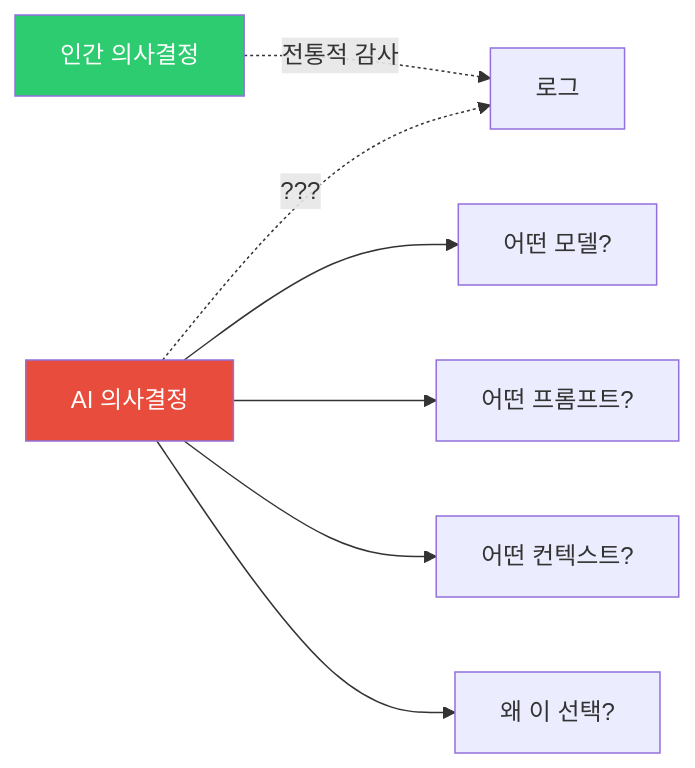
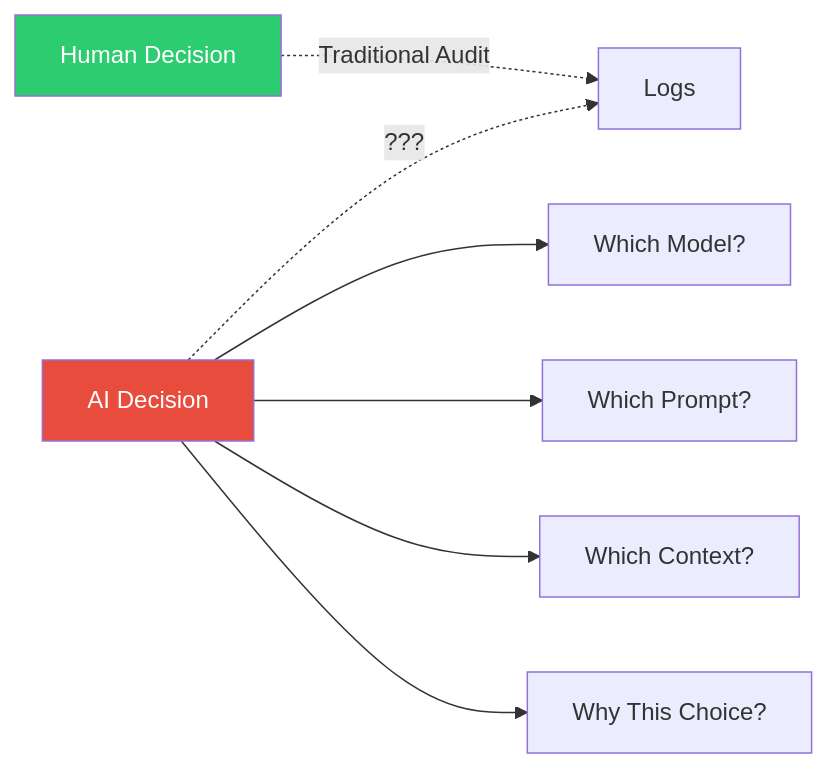
Before and after one commit to devfloor9/engineering-playbook: the first of 5 diagrams in docs/aidlc/operations/audit-governance.md, drawn with Mermaid. The commit also changed other lines of this file and 954 other files, not shown here.

````diff
--- a/docs/aidlc/operations/audit-governance.md
+++ b/docs/aidlc/operations/audit-governance.md
@@ -40,13 +42,13 @@
 ```mermaid
 graph LR
-    HUMAN[인간 의사결정] -.전통적 감사.-> LOG[로그]
-    AI[AI 의사결정] -.???.-> LOG
+    HUMAN[Human Decision] -.Traditional Audit.-> LOG[Logs]
+    AI[AI Decision] -.???.-> LOG
 
-    AI --> Q1[어떤 모델?]
-    AI --> Q2[어떤 프롬프트?]
-    AI --> Q3[어떤 컨텍스트?]
-    AI --> Q4[왜 이 선택?]
+    AI --> Q1[Which Model?]
+    AI --> Q2[Which Prompt?]
+    AI --> Q3[Which Context?]
+    AI --> Q4[Why This Choice?]
 
     style AI fill:#e74c3c,color:#fff
     style HUMAN fill:#2ecc71,color:#fff
 ```
````
